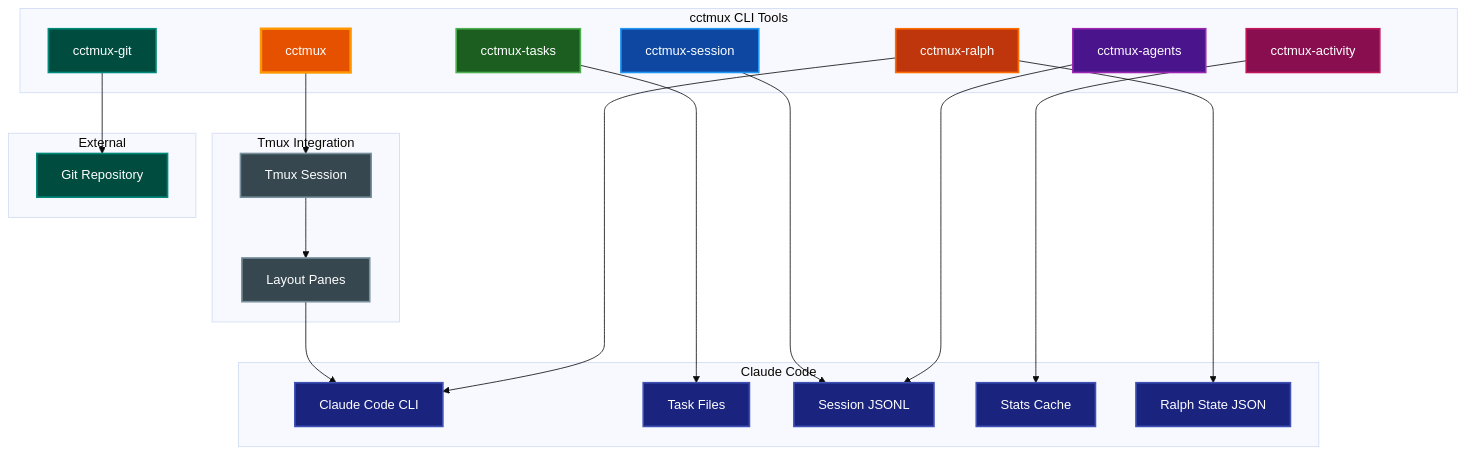
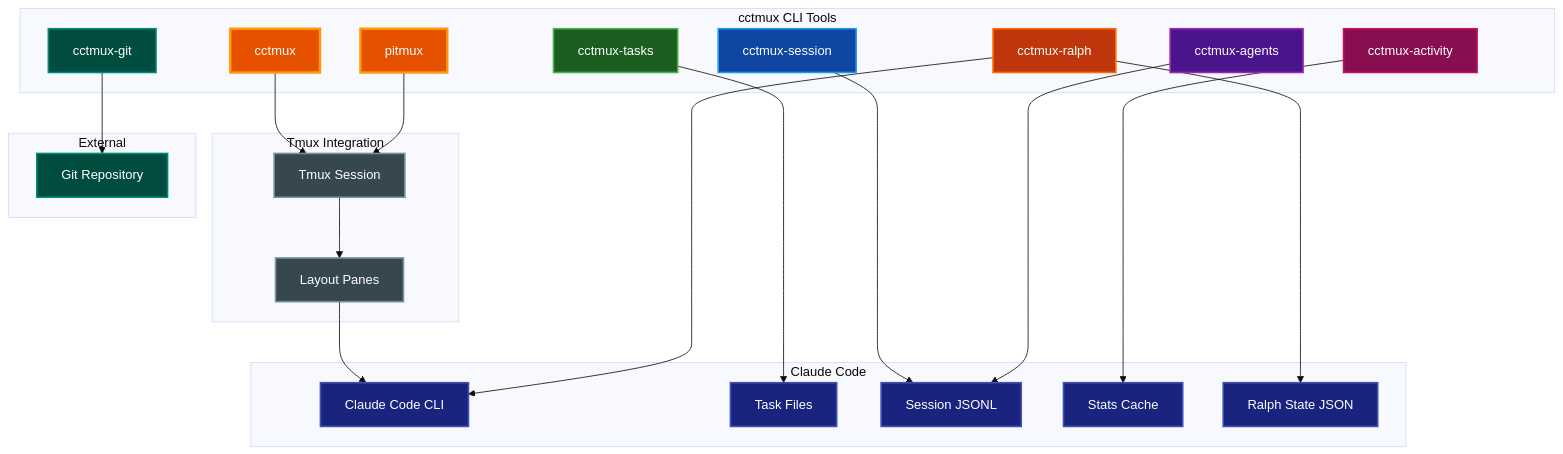
Before and after one commit to paulrobello/cctmux: the diagram in README.md, drawn with Mermaid (base theme). The commit also changed other lines of this file and 21 other files, not shown here.

First line of the commit message:
feat: add pitmux command for launching pi agent in tmux (#4)

````diff
--- a/README.md
+++ b/README.md
@@ -46,57 +47,60 @@
 ```mermaid
 graph TB
     subgraph "cctmux CLI Tools"
         Main[cctmux]
+        Pitmux[pitmux]
         Tasks[cctmux-tasks]
         Session[cctmux-session]
         Agents[cctmux-agents]
         Activity[cctmux-activity]
         GitMon[cctmux-git]
         Ralph[cctmux-ralph]
     end
 
     subgraph "Tmux Integration"
         TmuxSession[Tmux Session]
         Panes[Layout Panes]
     end
 
     subgraph "Claude Code"
         Claude[Claude Code CLI]
         TaskFiles[Task Files]
         SessionFiles[Session JSONL]
         StatsCache[Stats Cache]
         RalphState[Ralph State JSON]
     end
 
     subgraph "External"
         GitRepo[Git Repository]
     end
 
     Main --> TmuxSession
+    Pitmux --> TmuxSession
     TmuxSession --> Panes
     Panes --> Claude
 
     Tasks --> TaskFiles
     Session --> SessionFiles
     Agents --> SessionFiles
     Activity --> StatsCache
     GitMon --> GitRepo
     Ralph --> RalphState
     Ralph --> Claude
 
     style Main fill:#e65100,stroke:#ff9800,stroke-width:3px,color:#ffffff
+    style Pitmux fill:#e65100,stroke:#ff9800,stroke-width:3px,color:#ffffff
     style Tasks fill:#1b5e20,stroke:#4caf50,stroke-width:2px,color:#ffffff
     style Session fill:#0d47a1,stroke:#2196f3,stroke-width:2px,color:#ffffff
     style Agents fill:#4a148c,stroke:#9c27b0,stroke-width:2px,color:#ffffff
     style Activity fill:#880e4f,stroke:#c2185b,stroke-width:2px,color:#ffffff
     style GitMon fill:#004d40,stroke:#00897b,stroke-width:2px,color:#ffffff
     style Ralph fill:#bf360c,stroke:#ff6d00,stroke-width:2px,color:#ffffff
     style TmuxSession fill:#37474f,stroke:#78909c,stroke-width:2px,color:#ffffff
     style Panes fill:#37474f,stroke:#78909c,stroke-width:2px,color:#ffffff
     style Claude fill:#1a237e,stroke:#3f51b5,stroke-width:2px,color:#ffffff
     style TaskFiles fill:#1a237e,stroke:#3f51b5,stroke-width:2px,color:#ffffff
     style SessionFiles fill:#1a237e,stroke:#3f51b5,stroke-width:2px,color:#ffffff
     style StatsCache fill:#1a237e,stroke:#3f51b5,stroke-width:2px,color:#ffffff
     style RalphState fill:#1a237e,stroke:#3f51b5,stroke-width:2px,color:#ffffff
     style GitRepo fill:#004d40,stroke:#00897b,stroke-width:2px,color:#ffffff
 ```
````
